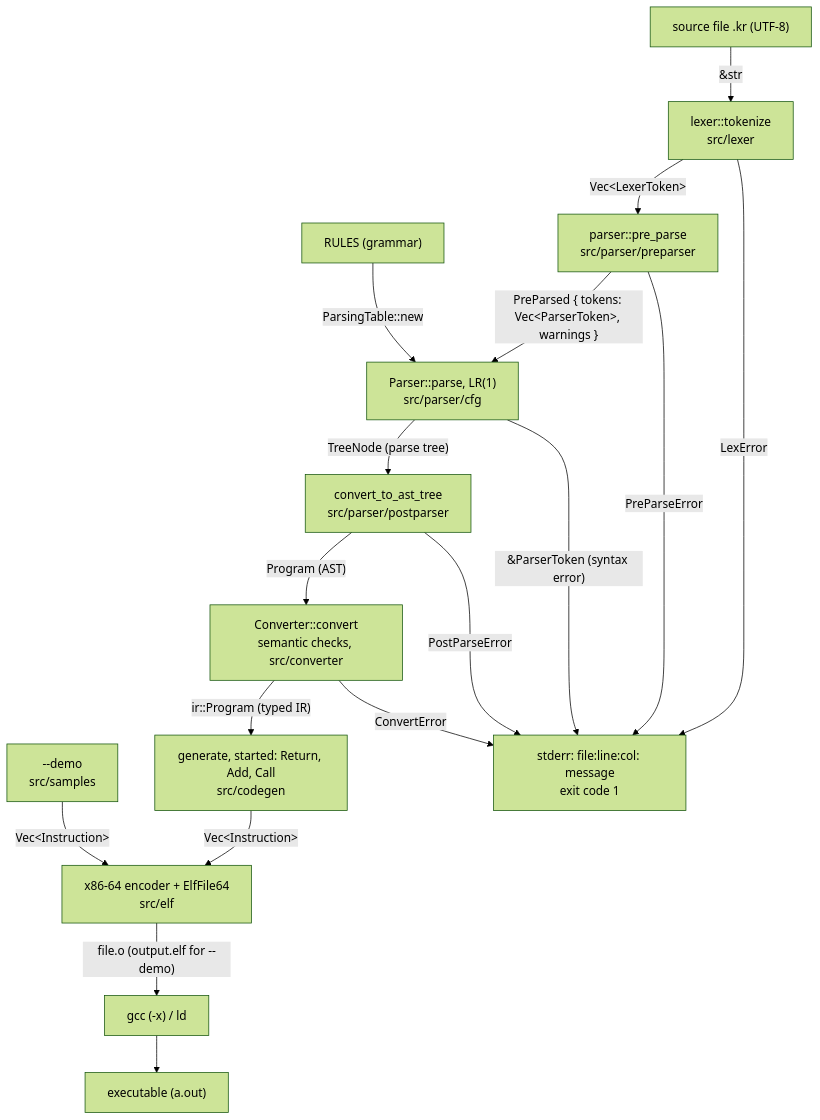
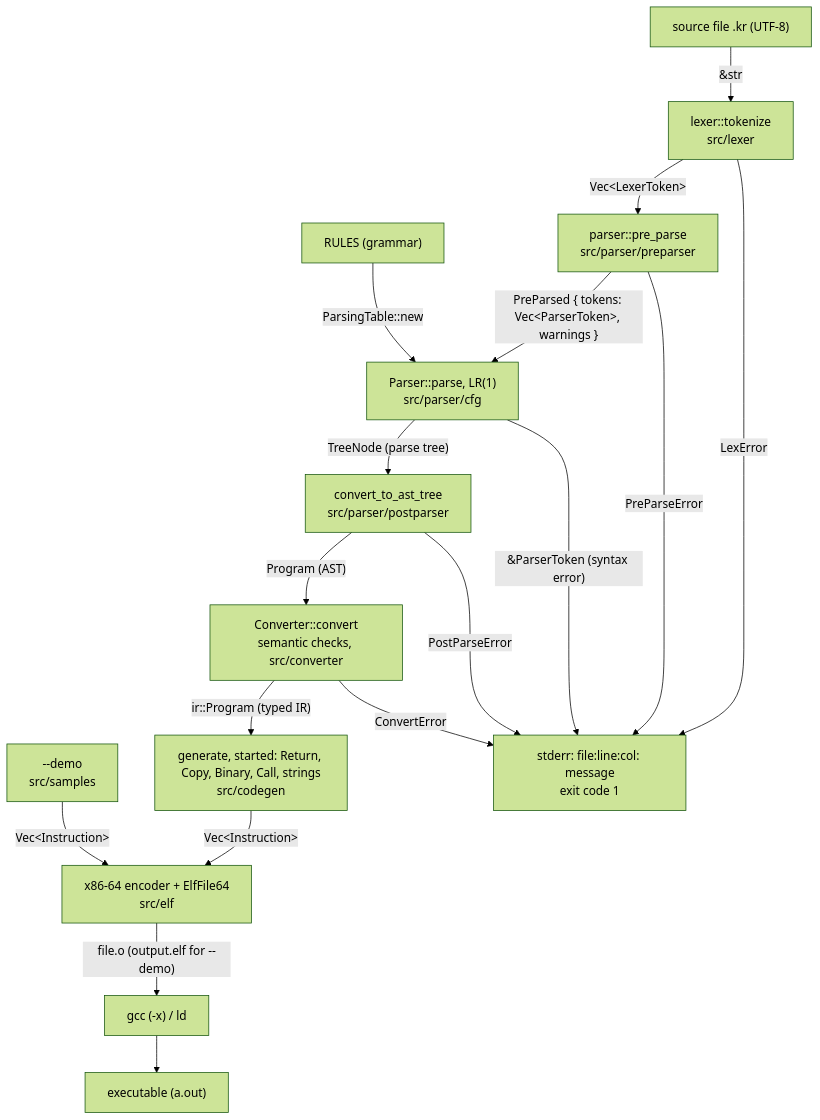
One commit to Solype/CompilerRust changed the diagram in README.md. Above: the diagram before and after it, drawn with Mermaid (forest theme). The commit also changed other lines of this file and 2 other files, not shown here.

Commit message:
docs: operators, 짧은 정수, strings and printf; AI use for October 22 and 23

````diff
--- a/README.md
+++ b/README.md
@@ -42,20 +43,20 @@
 ```mermaid
 flowchart TD
     SRC["source file .kr (UTF-8)"] -->|"#amp;str"| LEX["lexer::tokenize<br/>src/lexer"]
     LEX -->|"Vec#lt;LexerToken#gt;"| PRE["parser::pre_parse<br/>src/parser/preparser"]
     PRE -->|"PreParsed { tokens: Vec#lt;ParserToken#gt;, warnings }"| PAR["Parser::parse, LR(1)<br/>src/parser/cfg"]
     RULES["RULES (grammar)"] -->|"ParsingTable::new"| PAR
     PAR -->|"TreeNode (parse tree)"| POST["convert_to_ast_tree<br/>src/parser/postparser"]
     POST -->|"Program (AST)"| CONV["Converter::convert<br/>semantic checks, src/converter"]
-    CONV -->|"ir::Program (typed IR)"| GEN["generate, started: Return, Add, Call<br/>src/codegen"]
+    CONV -->|"ir::Program (typed IR)"| GEN["generate, started: Return, Copy, Binary, Call, strings<br/>src/codegen"]
     GEN -->|"Vec#lt;Instruction#gt;"| ELF["x86-64 encoder + ElfFile64<br/>src/elf"]
     DEMO["--demo<br/>src/samples"] -->|"Vec#lt;Instruction#gt;"| ELF
     ELF -->|"file.o (output.elf for --demo)"| LD["gcc (-x) / ld"]
     LD --> BIN["executable (a.out)"]
 
     LEX -->|"LexError"| ERR["stderr: file:line:col: message<br/>exit code 1"]
     PRE -->|"PreParseError"| ERR
     PAR -->|"#amp;ParserToken (syntax error)"| ERR
     POST -->|"PostParseError"| ERR
     CONV -->|"ConvertError"| ERR
 ```
````
